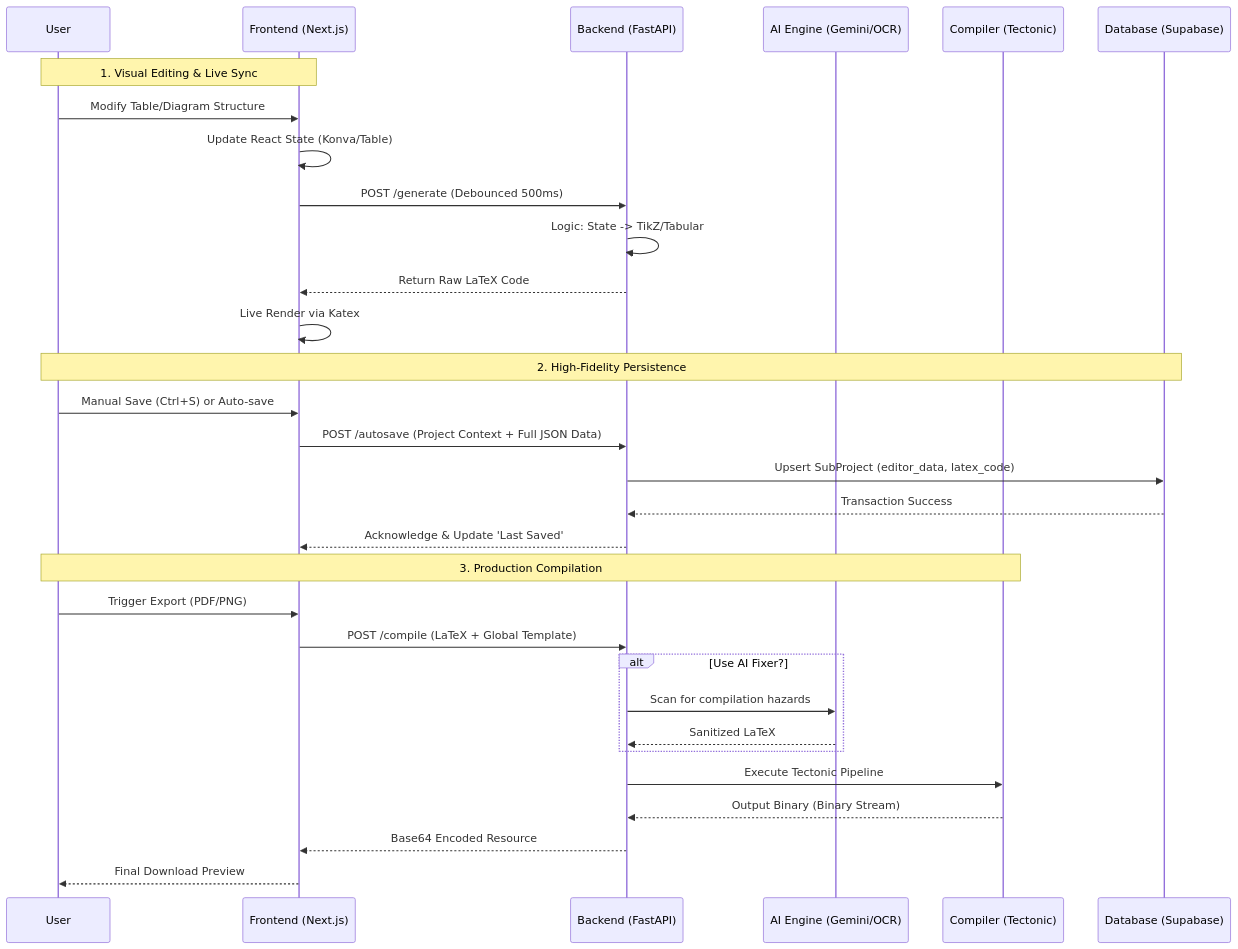
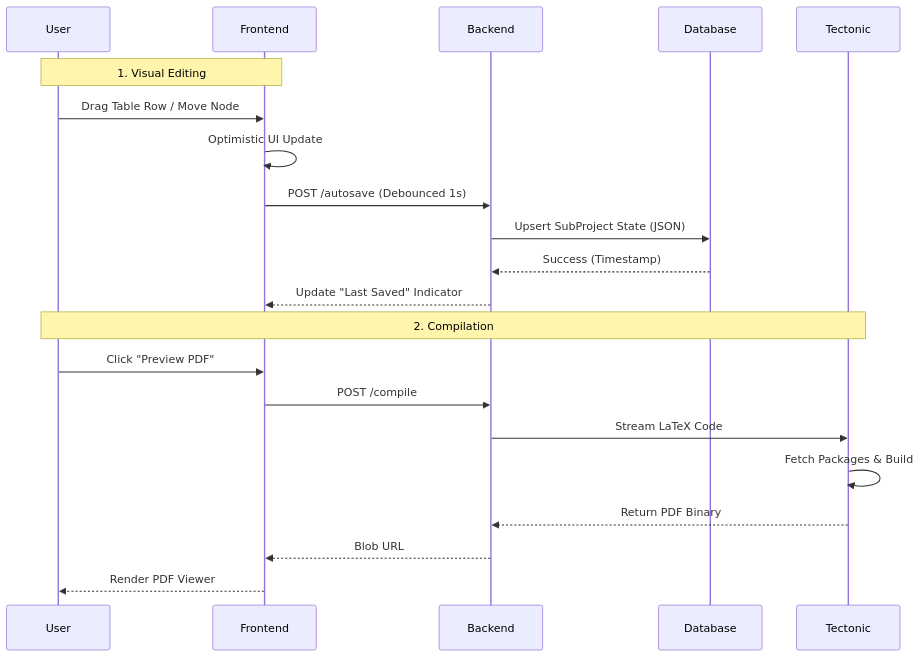
One commit to Mehedi26696/Tizkit changed the second of 2 diagrams in README.md. Above: the diagram before and after it, drawn with Mermaid. The commit also changed other lines of this file, not shown here.

````diff
--- a/README.md
+++ b/README.md
@@ -42,36 +44,25 @@
 ```mermaid
 sequenceDiagram
     participant U as User
-    participant F as Frontend (Next.js)
-    participant B as Backend (FastAPI)
-    participant AI as AI Engine (Gemini/OCR)
-    participant C as Compiler (Tectonic)
-    participant D as Database (Supabase)
+    participant F as Frontend
+    participant B as Backend
+    participant D as Database
+    participant C as Tectonic
 
-    Note over U,F: 1. Visual Editing & Live Sync
-    U->>F: Modify Table/Diagram Structure
-    F->>F: Update React State (Konva/Table)
-    F->>B: POST /generate (Debounced 500ms)
-    B->>B: Logic: State -> TikZ/Tabular
-    B-->>F: Return Raw LaTeX Code
-    F->>F: Live Render via Katex
+    Note over U,F: 1. Visual Editing
+    U->>F: Drag Table Row / Move Node
+    F->>F: Optimistic UI Update
+    F->>B: POST /autosave (Debounced 1s)
+    B->>D: Upsert SubProject State (JSON)
+    D-->>B: Success (Timestamp)
+    B-->>F: Update "Last Saved" Indicator
 
-    Note over U,D: 2. High-Fidelity Persistence
-    U->>F: Manual Save (Ctrl+S) or Auto-save
-    F->>B: POST /autosave (Project Context + Full JSON Data)
-    B->>D: Upsert SubProject (editor_data, latex_code)
-    D-->>B: Transaction Success
-    B-->>F: Acknowledge & Update 'Last Saved'
-
-    Note over U,C: 3. Production Compilation
-    U->>F: Trigger Export (PDF/PNG)
-    F->>B: POST /compile (LaTeX + Global Template)
-    alt Use AI Fixer?
-        B->>AI: Scan for compilation hazards
-        AI-->>B: Sanitized LaTeX
-    end
-    B->>C: Execute Tectonic Pipeline
-    C-->>B: Output Binary (Binary Stream)
-    B-->>F: Base64 Encoded Resource
-    F-->>U: Final Download Preview
+    Note over U,C: 2. Compilation
+    U->>F: Click "Preview PDF"
+    F->>B: POST /compile
+    B->>C: Stream LaTeX Code
+    C->>C: Fetch Packages & Build
+    C-->>B: Return PDF Binary
+    B-->>F: Blob URL
+    F-->>U: Render PDF Viewer
 ```
````
